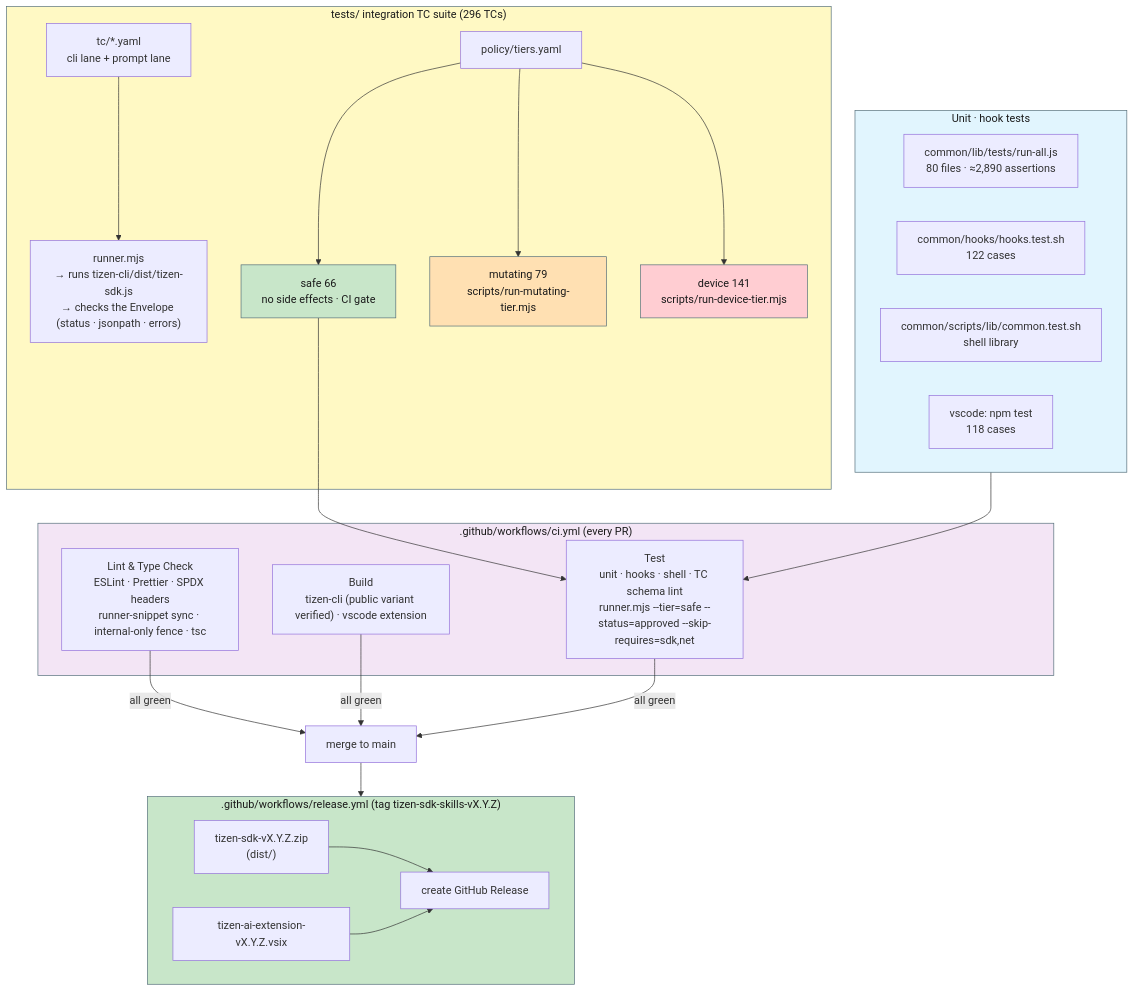
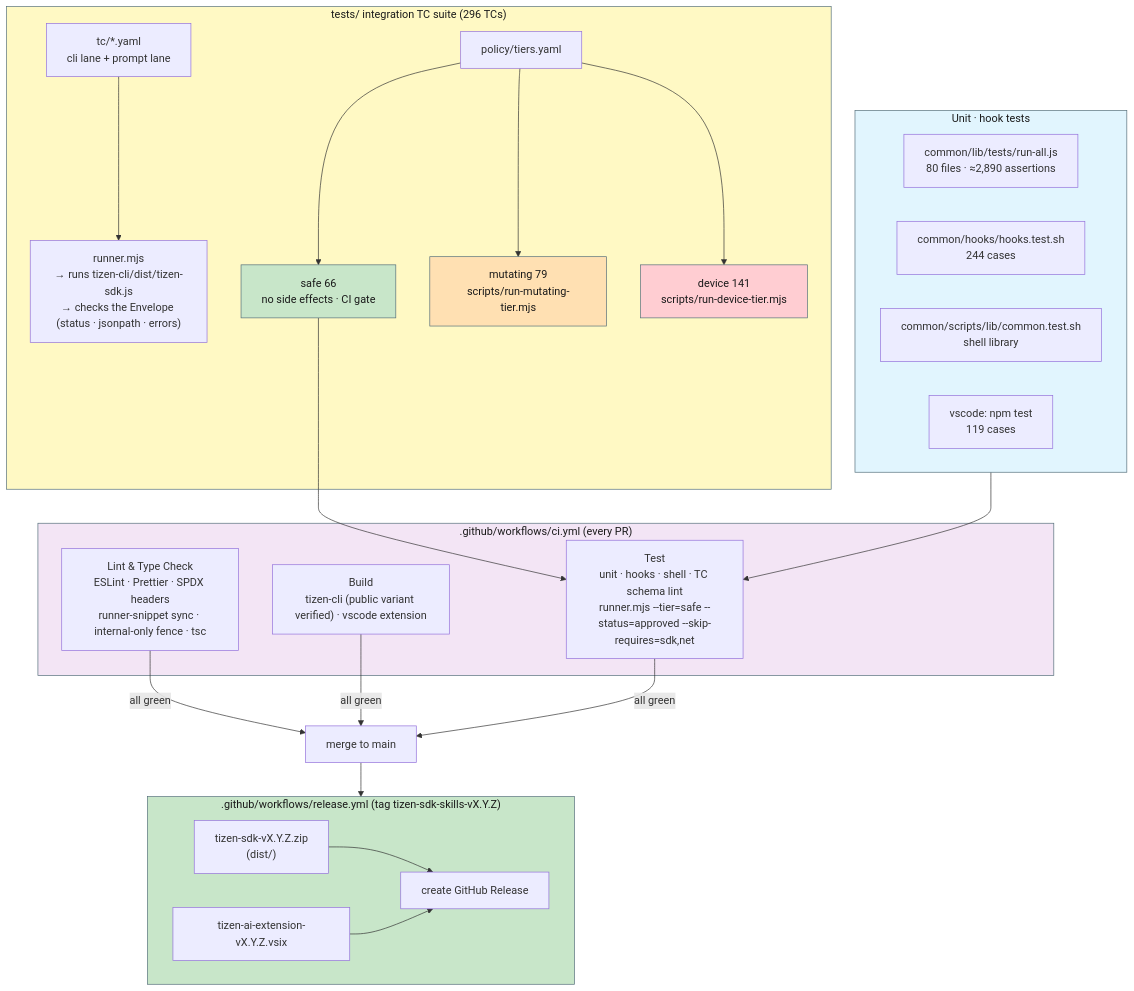
The tenth of 10 diagrams in tizen-sdk-skills/docs/ARCHITECTURE_DIAGRAMS.en.md (Samsung/tizen-agent-skills), drawn with Mermaid before and after one commit. The commit also changed other lines of this file and 3 other files, not shown here.

````diff
--- a/tizen-sdk-skills/docs/ARCHITECTURE_DIAGRAMS.en.md
+++ b/tizen-sdk-skills/docs/ARCHITECTURE_DIAGRAMS.en.md
@@ -449,45 +449,45 @@
 ```mermaid
 graph TB
     subgraph UNIT["Unit · hook tests"]
         UT["common/lib/tests/run-all.js<br/>80 files · ≈2,890 assertions"]
-        HT["common/hooks/hooks.test.sh<br/>122 cases"]
+        HT["common/hooks/hooks.test.sh<br/>244 cases"]
         SLT["common/scripts/lib/common.test.sh<br/>shell library"]
-        VT["vscode: npm test<br/>118 cases"]
+        VT["vscode: npm test<br/>119 cases"]
     end
 
     subgraph SUITE["tests/ integration TC suite (296 TCs)"]
         TC["tc/*.yaml<br/>cli lane + prompt lane"]
         RUNNER["runner.mjs<br/>→ runs tizen-cli/dist/tizen-sdk.js<br/>→ checks the Envelope (status · jsonpath · errors)"]
         TIERS["policy/tiers.yaml"]
         SAFE["safe 66<br/>no side effects · CI gate"]
         MUT["mutating 79<br/>scripts/run-mutating-tier.mjs"]
         DEV["device 141<br/>scripts/run-device-tier.mjs"]
         TC --> RUNNER
         TIERS --> SAFE & MUT & DEV
     end
 
     subgraph CI[".github/workflows/ci.yml (every PR)"]
         J1["Lint & Type Check<br/>ESLint · Prettier · SPDX headers<br/>runner-snippet sync · internal-only fence · tsc"]
         J2["Build<br/>tizen-cli (public variant verified) · vscode extension"]
         J3["Test<br/>unit · hooks · shell · TC schema lint<br/>runner.mjs --tier=safe --status=approved --skip-requires=sdk,net"]
     end
 
     subgraph REL[".github/workflows/release.yml (tag tizen-sdk-skills-vX.Y.Z)"]
         R1["tizen-sdk-vX.Y.Z.zip<br/>(dist/)"]
         R2["tizen-ai-extension-vX.Y.Z.vsix"]
         R3["create GitHub Release"]
         R1 & R2 --> R3
     end
 
     UNIT --> J3
     SAFE --> J3
     J1 & J2 & J3 -->|"all green"| MERGE["merge to main"] --> REL
 
     style UNIT fill:#e1f5fe,stroke:#546e7a,color:#1a1a1a
     style SUITE fill:#fff9c4,stroke:#546e7a,color:#1a1a1a
     style SAFE fill:#c8e6c9,stroke:#546e7a,color:#1a1a1a
     style MUT fill:#ffe0b2,stroke:#546e7a,color:#1a1a1a
     style DEV fill:#ffcdd2,stroke:#546e7a,color:#1a1a1a
     style CI fill:#f3e5f5,stroke:#546e7a,color:#1a1a1a
     style REL fill:#c8e6c9,stroke:#546e7a,color:#1a1a1a
 ```
````
